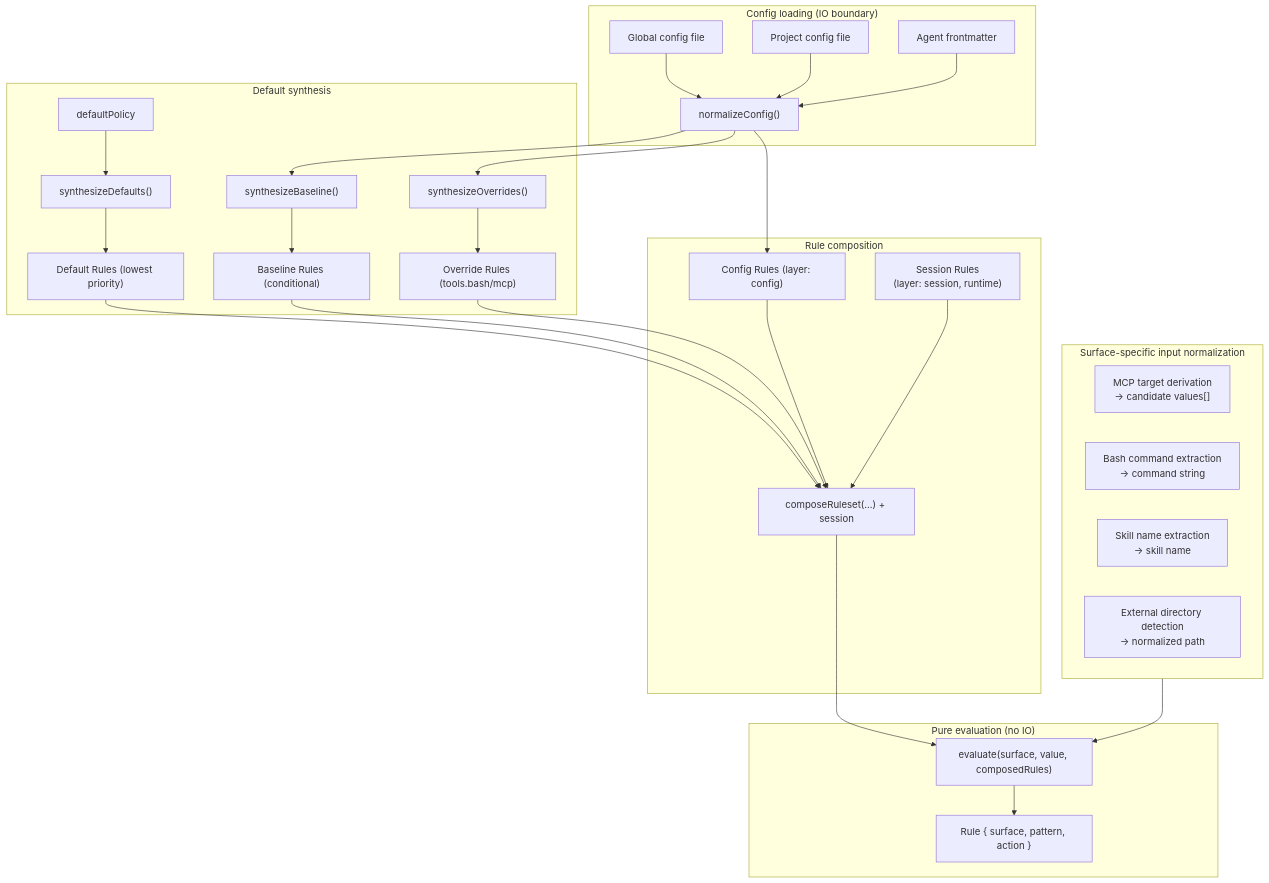
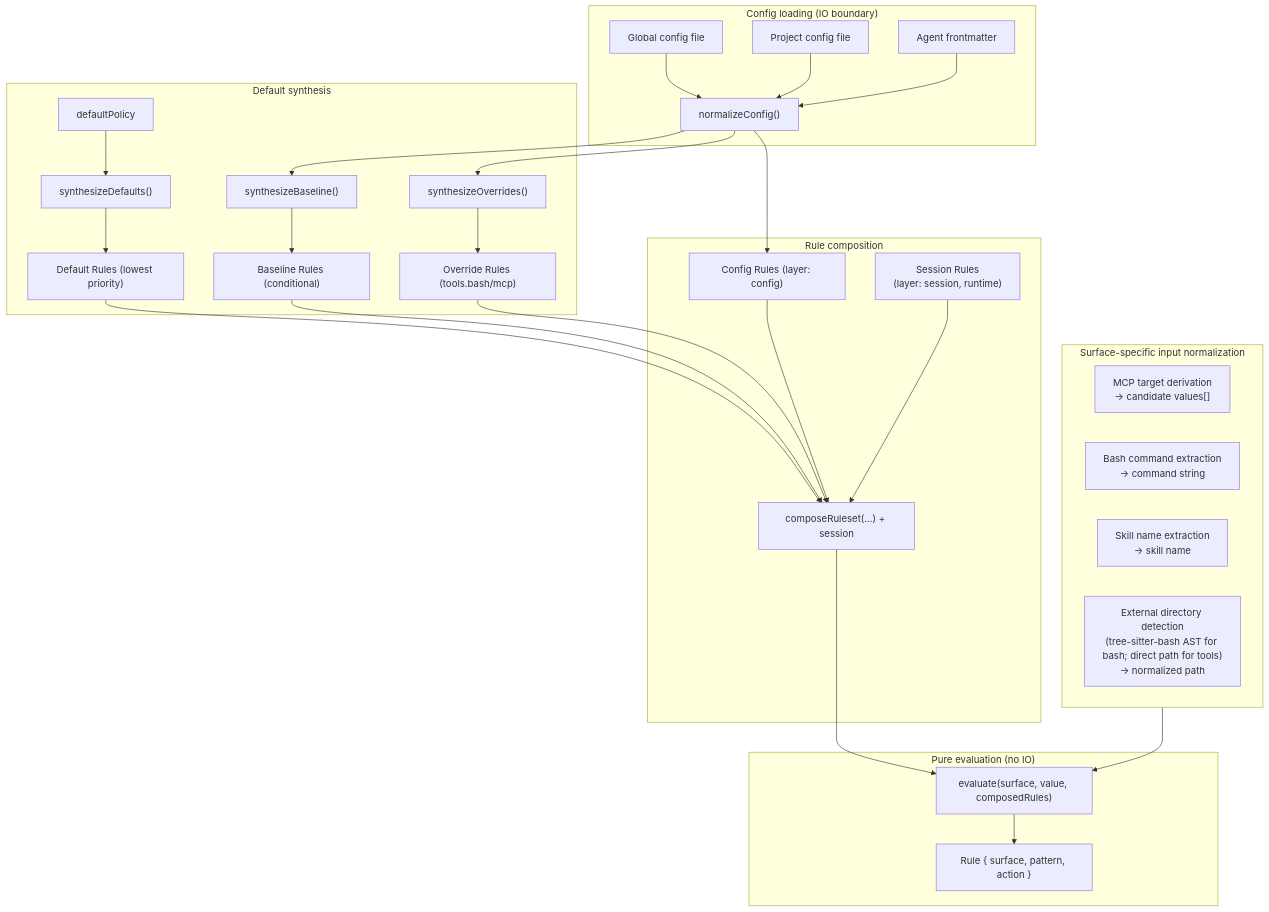
The first of 4 diagrams in docs/architecture/target-architecture.md (sycghj/pi-permission-system), drawn with Mermaid before and after one commit. The commit also changed 1 other file, not shown here.

Commit message:
docs: note tree-sitter-bash AST parser in architecture docs

````diff
--- a/docs/architecture/target-architecture.md
+++ b/docs/architecture/target-architecture.md
@@ -150,45 +150,45 @@
 ```mermaid
 flowchart TD
     subgraph Load["Config loading (IO boundary)"]
         GF["Global config file"]
         PF["Project config file"]
         AF["Agent frontmatter"]
         GF --> Norm["normalizeConfig()"]
         PF --> Norm
         AF --> Norm
     end
 
     subgraph Defaults["Default synthesis"]
         DP["defaultPolicy"] --> Synth["synthesizeDefaults()"]
         Synth --> DR["Default Rules (lowest priority)"]
         Norm --> BL["synthesizeBaseline()"]
         BL --> BR["Baseline Rules (conditional)"]
         Norm --> OV["synthesizeOverrides()"]
         OV --> OR["Override Rules (tools.bash/mcp)"]
     end
 
     Norm --> CR["Config Rules (layer: config)"]
     SA["Session Rules<br/>(layer: session, runtime)"]
 
     subgraph Compose["Rule composition"]
         DR --> Concat["composeRuleset(...) + session"]
         BR --> Concat
         OR --> Concat
         CR --> Concat
         SA --> Concat
     end
 
     subgraph Eval["Pure evaluation (no IO)"]
         Concat --> E["evaluate(surface, value, composedRules)"]
         E --> Decision["Rule { surface, pattern, action }"]
     end
 
     subgraph PreProcess["Surface-specific input normalization"]
         MCP["MCP target derivation<br/>→ candidate values[]"]
         Bash["Bash command extraction<br/>→ command string"]
         Skill["Skill name extraction<br/>→ skill name"]
-        ExtDir["External directory detection<br/>→ normalized path"]
+        ExtDir["External directory detection<br/>(tree-sitter-bash AST for bash; direct path for tools)<br/>→ normalized path"]
     end
 
     PreProcess --> E
 ```
````
